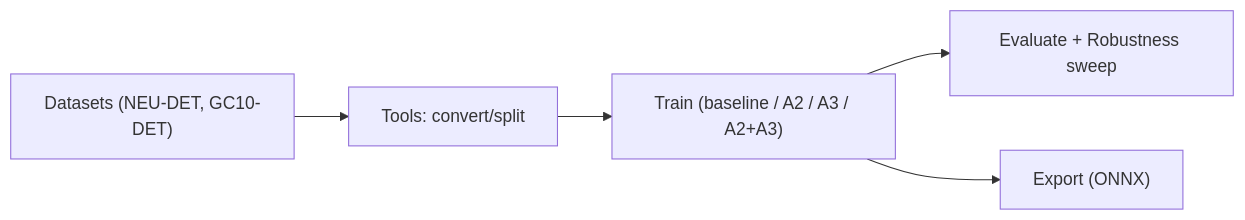
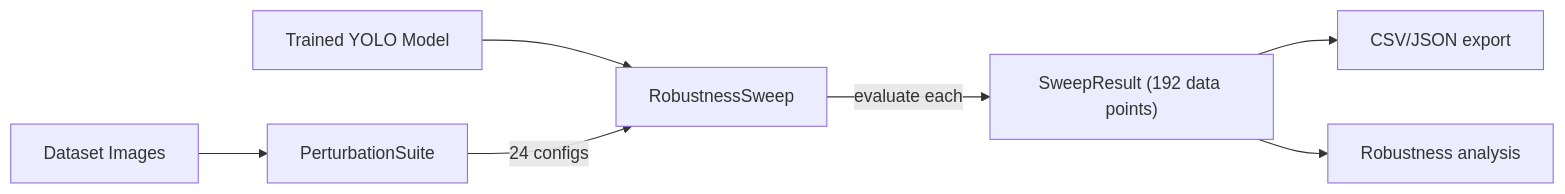
The second of 3 diagrams in wiki/Architecture.md (hazemelerefey/DigiSteel-YOLO), drawn with Mermaid before and after one commit. The commit also changed other lines of this file and 39 other files, not shown here.

````diff
--- a/wiki/Architecture.md
+++ b/wiki/Architecture.md
@@ -37,7 +44,9 @@
 ```mermaid
 flowchart LR
-  Data["Datasets (NEU-DET, GC10-DET)"] --> Prep["Tools: convert/split"]
-  Prep --> Train["Train (baseline / A2 / A3 / A2+A3)"]
-  Train --> Eval["Evaluate + Robustness sweep"]
-  Train --> Export["Export (ONNX)"]
+  Model["Trained YOLO Model"] --> Sweep["RobustnessSweep"]
+  Data["Dataset Images"] --> Suite["PerturbationSuite"]
+  Suite --> |"24 configs"| Sweep
+  Sweep --> |"evaluate each"| Results["SweepResult (192 data points)"]
+  Results --> CSV["CSV/JSON export"]
+  Results --> Analysis["Robustness analysis"]
 ```
````
